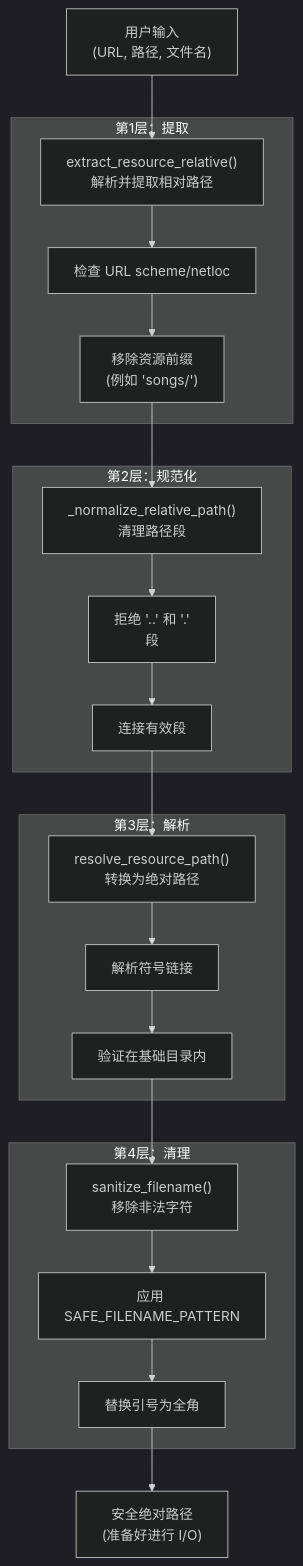
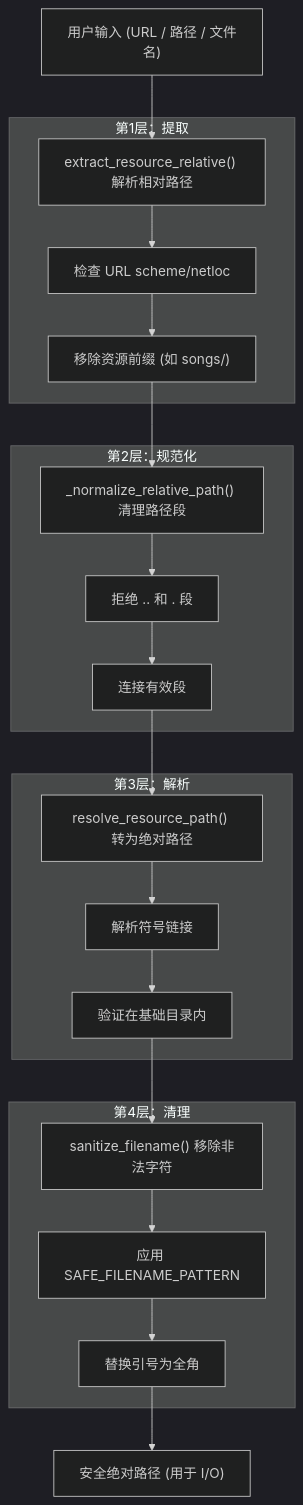
Before and after one commit to HKLHaoBin/LyricSphere: diagram 25 of 44 in README.md, drawn with Mermaid (dark theme). The commit also changed other lines of this file, not shown here.

First line of the commit message:
docs: 更新 README.md 中的流程图文本格式

````diff
--- a/README.md
+++ b/README.md
@@ -2367,55 +2367,39 @@
 ```mermaid
 flowchart TD
-    UserInput["用户输入<br/>(URL, 路径, 文件名)"]
-    ExtractRelative["extract_resource_relative()<br/>解析并提取相对路径"]
+    UserInput["用户输入 (URL / 路径 / 文件名)"]
+    ExtractRelative["extract_resource_relative() 解析相对路径"]
     CheckScheme["检查 URL scheme/netloc"]
-    RemovePrefix["移除资源前缀<br/>(例如 'songs/')"]
-    NormalizePath["_normalize_relative_path()<br/>清理路径段"]
-    CheckDots["拒绝 '..' 和 '.'<br/>段"]
+    RemovePrefix["移除资源前缀 (如 songs/)"]
+    NormalizePath["_normalize_relative_path() 清理路径段"]
+    CheckDots["拒绝 .. 和 . 段"]
     JoinSegments["连接有效段"]
-    ResolveAbs["resolve_resource_path()<br/>转换为绝对路径"]
+    ResolveAbs["resolve_resource_path() 转为绝对路径"]
     ResolveSymlinks["解析符号链接"]
     BoundaryCheck["验证在基础目录内"]
-    SanitizeFilename["sanitize_filename()<br/>移除非法字符"]
+    SanitizeFilename["sanitize_filename() 移除非法字符"]
     CleanPattern["应用 SAFE_FILENAME_PATTERN"]
     ReplaceQuotes["替换引号为全角"]
-    SafePath["安全绝对路径<br/>(准备好进行 I/O)"]
+    SafePath["安全绝对路径 (用于 I/O)"]
 
     UserInput --> ExtractRelative
     RemovePrefix --> NormalizePath
     JoinSegments --> ResolveAbs
     BoundaryCheck --> SanitizeFilename
     ReplaceQuotes --> SafePath
 
     subgraph Layer4Sanitization["第4层：清理"]
-        SanitizeFilename
-        CleanPattern
-        ReplaceQuotes
-        SanitizeFilename --> CleanPattern
-        CleanPattern --> ReplaceQuotes
+        SanitizeFilename --> CleanPattern --> ReplaceQuotes
     end
 
     subgraph Layer3Resolution["第3层：解析"]
-        ResolveAbs
-        ResolveSymlinks
-        BoundaryCheck
-        ResolveAbs --> ResolveSymlinks
-        ResolveSymlinks --> BoundaryCheck
+        ResolveAbs --> ResolveSymlinks --> BoundaryCheck
     end
 
     subgraph Layer2Normalization["第2层：规范化"]
-        NormalizePath
-        CheckDots
-        JoinSegments
-        NormalizePath --> CheckDots
-        CheckDots --> JoinSegments
+        NormalizePath --> CheckDots --> JoinSegments
     end
 
     subgraph Layer1Extraction["第1层：提取"]
-        ExtractRelative
-        CheckScheme
-        RemovePrefix
-        ExtractRelative --> CheckScheme
-        CheckScheme --> RemovePrefix
+        ExtractRelative --> CheckScheme --> RemovePrefix
     end
 ```
````
